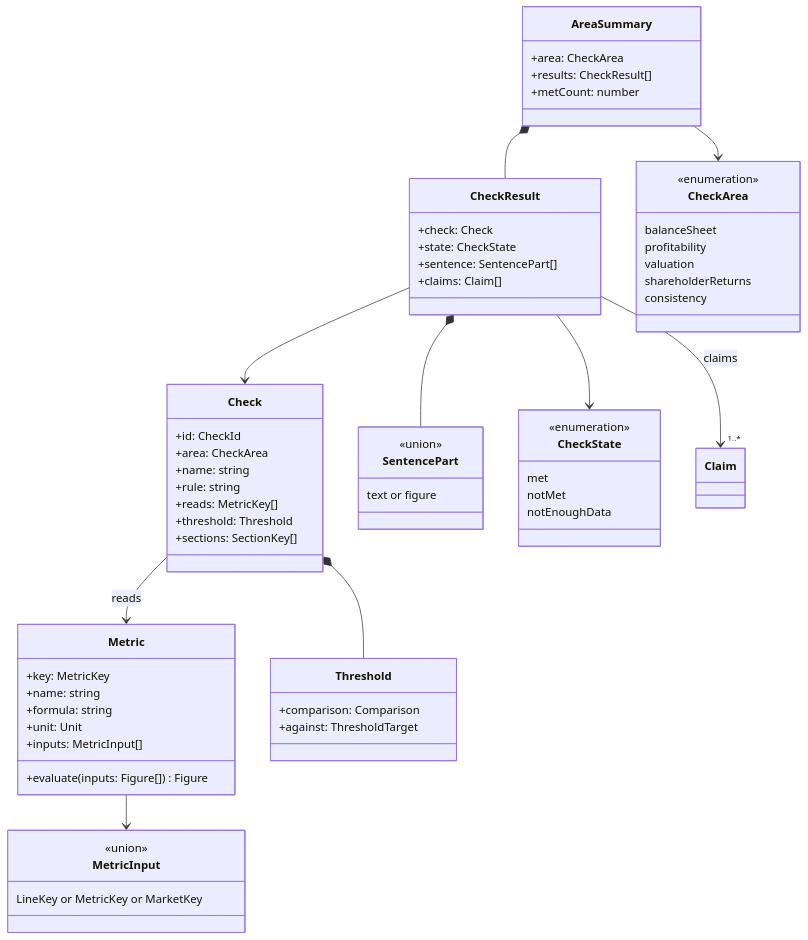
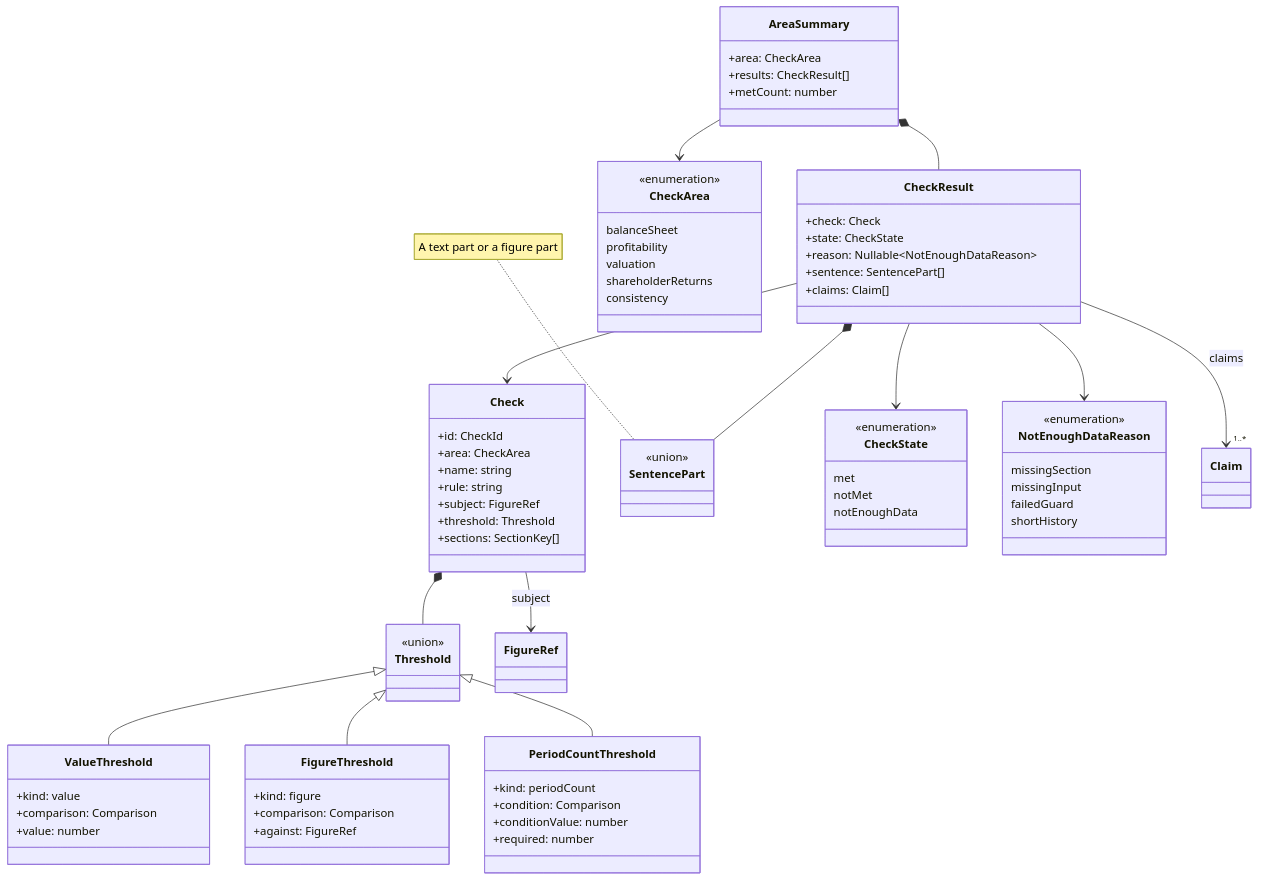
One commit to ironcapitaleu/frontend changed the seventh of 7 diagrams in design/uml_class_diagram/company_data_model.md. Above: the diagram before and after it, drawn with Mermaid. The commit also changed other lines of this file and 1 other file, not shown here.

First line of the commit message:
docs(design): resolve the review of the company data model

````diff
--- a/design/uml_class_diagram/company_data_model.md
+++ b/design/uml_class_diagram/company_data_model.md
@@ -367,66 +665,80 @@
 ```mermaid
 classDiagram
-    class Metric {
-        +key: MetricKey
-        +name: string
-        +formula: string
-        +unit: Unit
-        +inputs: MetricInput[]
-        +evaluate(inputs: Figure[]) Figure
-    }
-    class MetricInput {
-        <<union>>
-        LineKey or MetricKey or MarketKey
-    }
     class Check {
         +id: CheckId
         +area: CheckArea
         +name: string
         +rule: string
-        +reads: MetricKey[]
+        +subject: FigureRef
         +threshold: Threshold
         +sections: SectionKey[]
     }
     class Threshold {
+        <<union>>
+    }
+    class ValueThreshold {
+        +kind: value
         +comparison: Comparison
-        +against: ThresholdTarget
+        +value: number
+    }
+    class FigureThreshold {
+        +kind: figure
+        +comparison: Comparison
+        +against: FigureRef
+    }
+    class PeriodCountThreshold {
+        +kind: periodCount
+        +condition: Comparison
+        +conditionValue: number
+        +required: number
     }
     class CheckResult {
         +check: Check
         +state: CheckState
+        +reason: Nullable~NotEnoughDataReason~
         +sentence: SentencePart[]
         +claims: Claim[]
     }
     class SentencePart {
         <<union>>
-        text or figure
     }
     class AreaSummary {
         +area: CheckArea
         +results: CheckResult[]
         +metCount: number
     }
     class CheckState {
         <<enumeration>>
         met
         notMet
         notEnoughData
     }
+    class NotEnoughDataReason {
+        <<enumeration>>
+        missingSection
+        missingInput
+        failedGuard
+        shortHistory
+    }
     class CheckArea {
         <<enumeration>>
         balanceSheet
         profitability
         valuation
         shareholderReturns
         consistency
     }
-    Metric --> MetricInput
-    Check --> Metric : reads
+    Check --> FigureRef : subject
     Check *-- Threshold
+    Threshold <|-- ValueThreshold
+    Threshold <|-- FigureThreshold
+    Threshold <|-- PeriodCountThreshold
     CheckResult --> Check
     CheckResult --> CheckState
+    CheckResult --> NotEnoughDataReason
     CheckResult *-- SentencePart
     CheckResult --> "1..*" Claim : claims
     AreaSummary *-- CheckResult
     AreaSummary --> CheckArea
+    note for SentencePart "A text part or a figure part"
 ```
````
